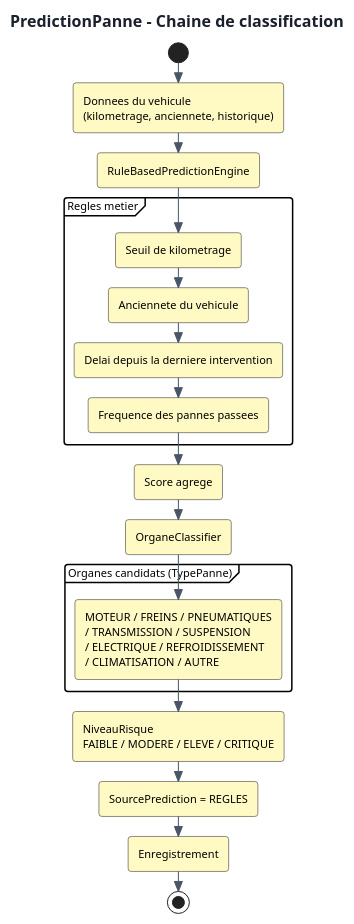
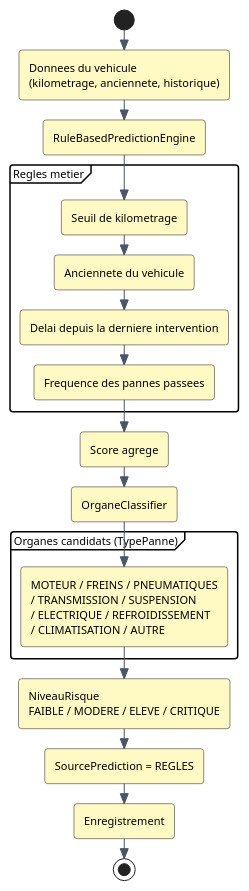
One commit to saber-barhoumi/Xpark-gmao changed the diagram in docs/diagrams/microservices/PredictionPanne/PredictionPanne-classifier-ia-pipeline.puml. Above: the diagram before and after it, drawn with PlantUML. The commit also changed 217 other files, not shown here.

```diff
--- a/docs/diagrams/microservices/PredictionPanne/PredictionPanne-classifier-ia-pipeline.puml
+++ b/docs/diagrams/microservices/PredictionPanne/PredictionPanne-classifier-ia-pipeline.puml
@@ -1,38 +1,36 @@
 @startuml
 skinparam style strictuml
 skinparam backgroundColor #FFFFFF
 skinparam shadowing false
 skinparam defaultFontName Verdana
 skinparam defaultFontSize 11
 skinparam roundCorner 6
 skinparam ArrowColor #4A5568
 skinparam TitleFontSize 16
 skinparam TitleFontColor #1A202C
 skinparam NoteBackgroundColor #FFF8DC
 skinparam NoteBorderColor #D6BF7A
 skinparam componentStyle rectangle
-
-title PredictionPanne - Chaine de classification
 
 skinparam ActivityBackgroundColor #FFF9C4
 
 start
 :Donnees du vehicule\n(kilometrage, anciennete, historique);
 :RuleBasedPredictionEngine;
 partition "Regles metier" {
   :Seuil de kilometrage;
   :Anciennete du vehicule;
   :Delai depuis la derniere intervention;
   :Frequence des pannes passees;
 }
 :Score agrege;
 :OrganeClassifier;
 partition "Organes candidats (TypePanne)" {
   :MOTEUR / FREINS / PNEUMATIQUES\n/ TRANSMISSION / SUSPENSION\n/ ELECTRIQUE / REFROIDISSEMENT\n/ CLIMATISATION / AUTRE;
 }
 :NiveauRisque\nFAIBLE / MODERE / ELEVE / CRITIQUE;
 :SourcePrediction = REGLES;
 :Enregistrement;
 stop
 
 @enduml
```
